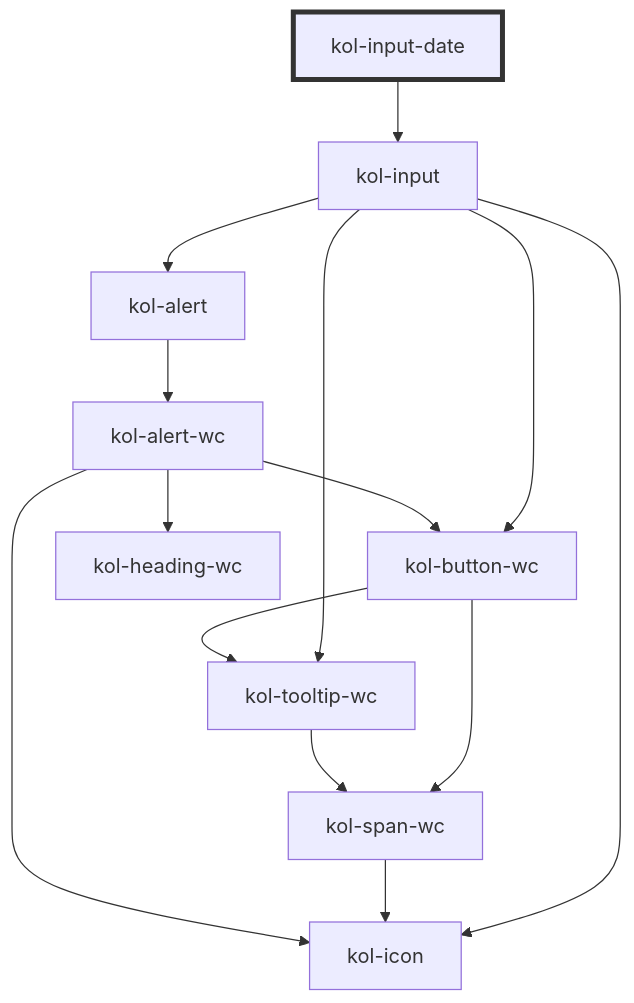
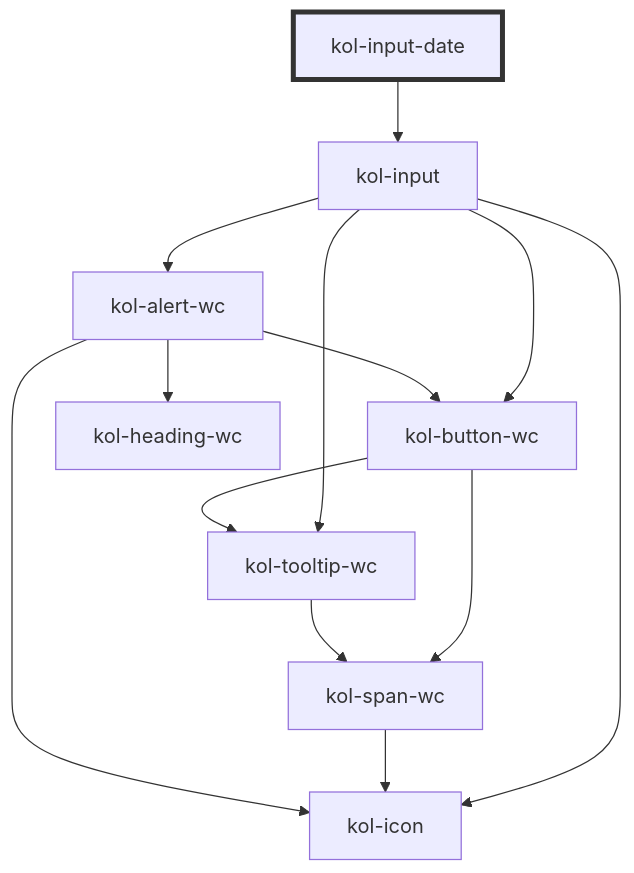
One commit to public-ui/kolibri changed the diagram in packages/components/src/components/input-date/readme.md. Above: the diagram before and after it, drawn with Mermaid. The commit also changed 123 other files, not shown here.

````diff
--- a/packages/components/src/components/input-date/readme.md
+++ b/packages/components/src/components/input-date/readme.md
@@ -129,17 +129,16 @@
 ```mermaid
 graph TD;
   kol-input-date --> kol-input
   kol-input --> kol-icon
   kol-input --> kol-button-wc
   kol-input --> kol-tooltip-wc
-  kol-input --> kol-alert
+  kol-input --> kol-alert-wc
   kol-button-wc --> kol-span-wc
   kol-button-wc --> kol-tooltip-wc
   kol-span-wc --> kol-icon
   kol-tooltip-wc --> kol-span-wc
-  kol-alert --> kol-alert-wc
   kol-alert-wc --> kol-heading-wc
   kol-alert-wc --> kol-button-wc
   kol-alert-wc --> kol-icon
   style kol-input-date stroke:#333,stroke-width:4px
 ```
````
